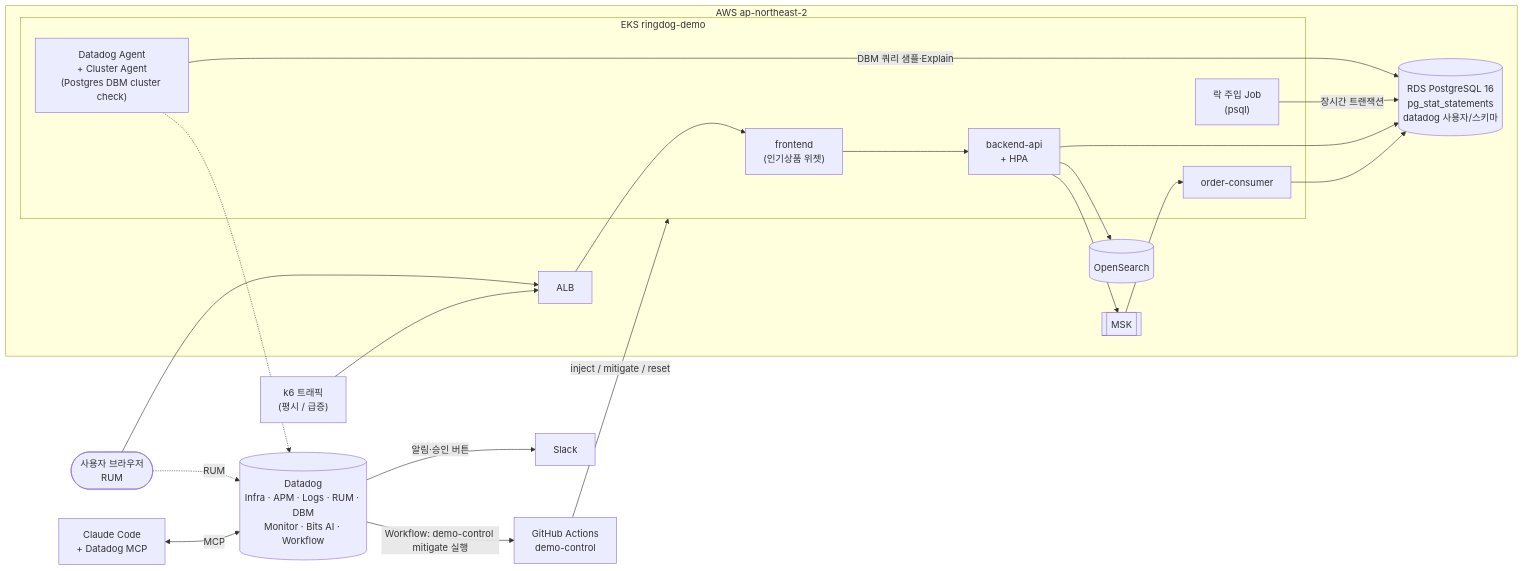
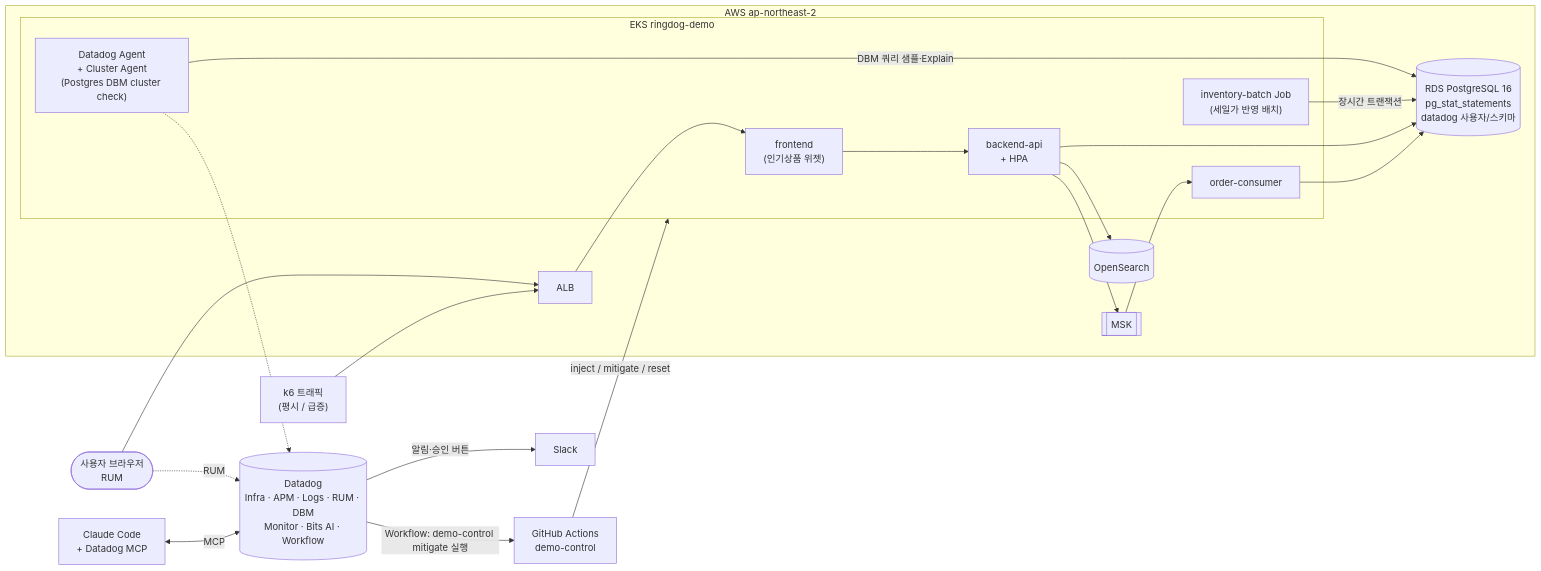
One commit to Arin-kr/ringdog changed the diagram in docs/design/specs/2026-10-15-demo-flash-sale-db-design.md. Above: the diagram before and after it, drawn with Mermaid. The commit also changed other lines of this file and 1 other file, not shown here.

First line of the commit message:
docs(demo-01): define sale-price batch as cause 2, add discovery path and widget display rules

````diff
--- a/docs/design/specs/2026-10-15-demo-flash-sale-db-design.md
+++ b/docs/design/specs/2026-10-15-demo-flash-sale-db-design.md
@@ -78,37 +83,37 @@
 ```mermaid
 flowchart LR
     k6["k6 트래픽<br/>(평시 / 급증)"]
     user(["사용자 브라우저<br/>RUM"])
     gha["GitHub Actions<br/>demo-control"]
     slack["Slack"]
     ide["Claude Code<br/>+ Datadog MCP"]
     dd[("Datadog<br/>Infra · APM · Logs · RUM · DBM<br/>Monitor · Bits AI · Workflow")]
 
     subgraph aws["AWS ap-northeast-2"]
         alb["ALB"]
         subgraph eks["EKS ringdog-demo"]
             fe["frontend<br/>(인기상품 위젯)"]
             api["backend-api<br/>+ HPA"]
             oc["order-consumer"]
-            lock["락 주입 Job<br/>(psql)"]
+            lock["inventory-batch Job<br/>(세일가 반영 배치)"]
             ag["Datadog Agent<br/>+ Cluster Agent<br/>(Postgres DBM cluster check)"]
         end
         rds[("RDS PostgreSQL 16<br/>pg_stat_statements<br/>datadog 사용자/스키마")]
         msk[["MSK"]]
         os[("OpenSearch")]
     end
 
     k6 --> alb
     user --> alb --> fe --> api
     api --> rds
     api --> os
     api --> msk --> oc --> rds
     lock -->|장시간 트랜잭션| rds
     gha -->|inject / mitigate / reset| eks
     ag -->|DBM 쿼리 샘플·Explain| rds
     ag -.-> dd
     user -.->|RUM| dd
     dd -->|알림·승인 버튼| slack
     dd -->|Workflow: demo-control mitigate 실행| gha
     ide <-->|MCP| dd
 ```
````
